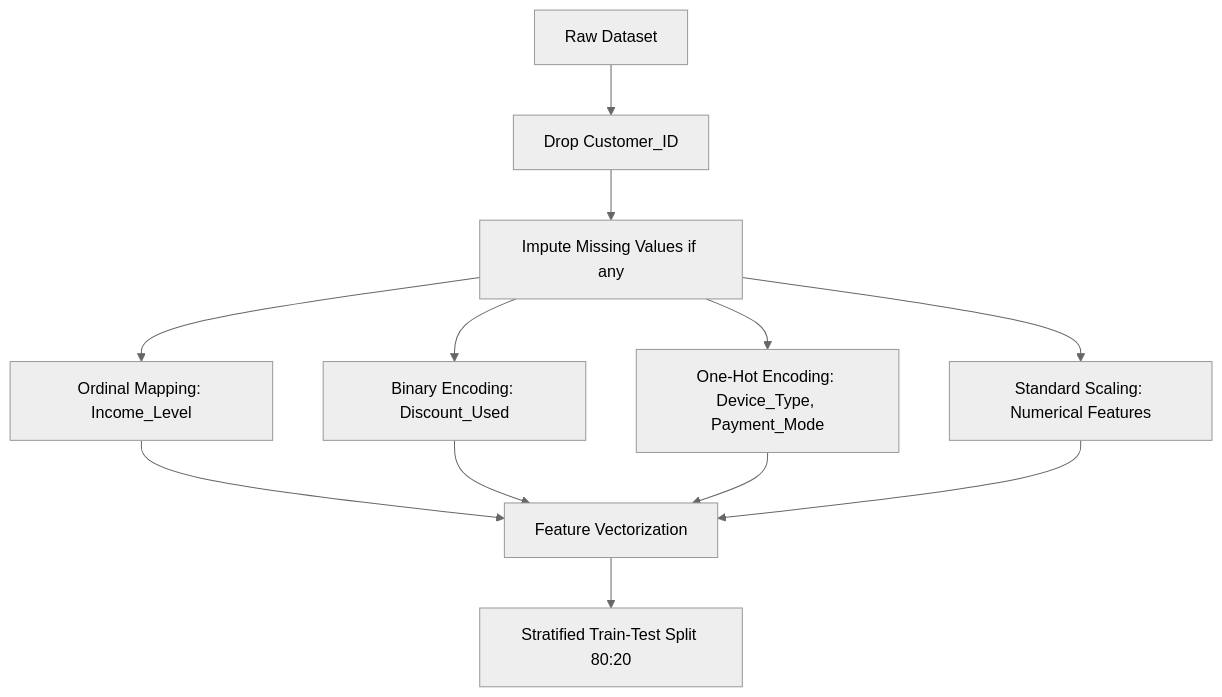
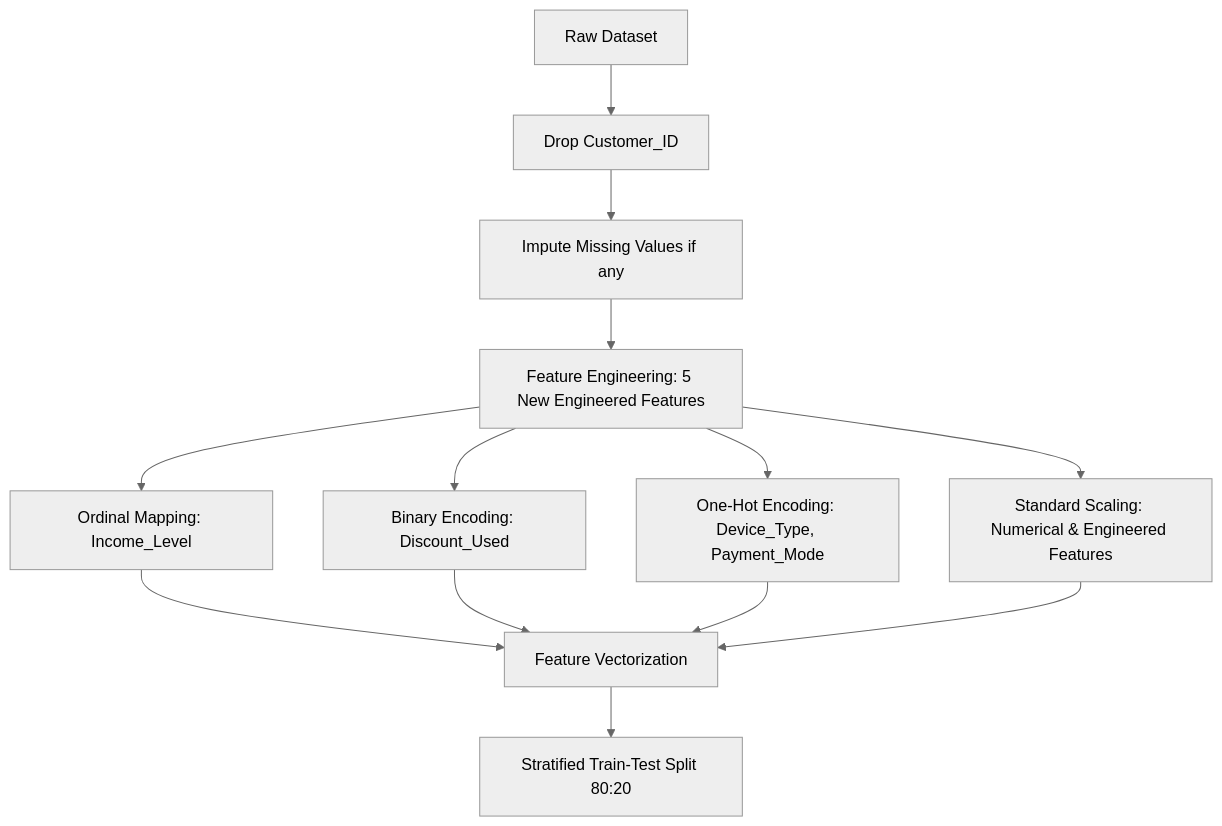
The diagram in docs/data_preprocessing_plan.md (esetu-git-public/bootcamp-ace-26-team-3), drawn with Mermaid (neutral theme) before and after one commit. The commit also changed other lines of this file and 22 other files, not shown here.

Commit message:
feat: implement feature engineering, retrain CatBoost model, fix type warnings, and update documentation

````diff
--- a/docs/data_preprocessing_plan.md
+++ b/docs/data_preprocessing_plan.md
@@ -27,11 +38,12 @@
 ```mermaid
 graph TD
     A[Raw Dataset] --> B[Drop Customer_ID]
     B --> C[Impute Missing Values if any]
-    C --> D[Ordinal Mapping: Income_Level]
-    C --> E[Binary Encoding: Discount_Used]
-    C --> F[One-Hot Encoding: Device_Type, Payment_Mode]
-    C --> G[Standard Scaling: Numerical Features]
+    C --> FE[Feature Engineering: 5 New Engineered Features]
+    FE --> D[Ordinal Mapping: Income_Level]
+    FE --> E[Binary Encoding: Discount_Used]
+    FE --> F[One-Hot Encoding: Device_Type, Payment_Mode]
+    FE --> G[Standard Scaling: Numerical & Engineered Features]
     D & E & F & G --> H[Feature Vectorization]
     H --> I[Stratified Train-Test Split 80:20]
 ```
````
